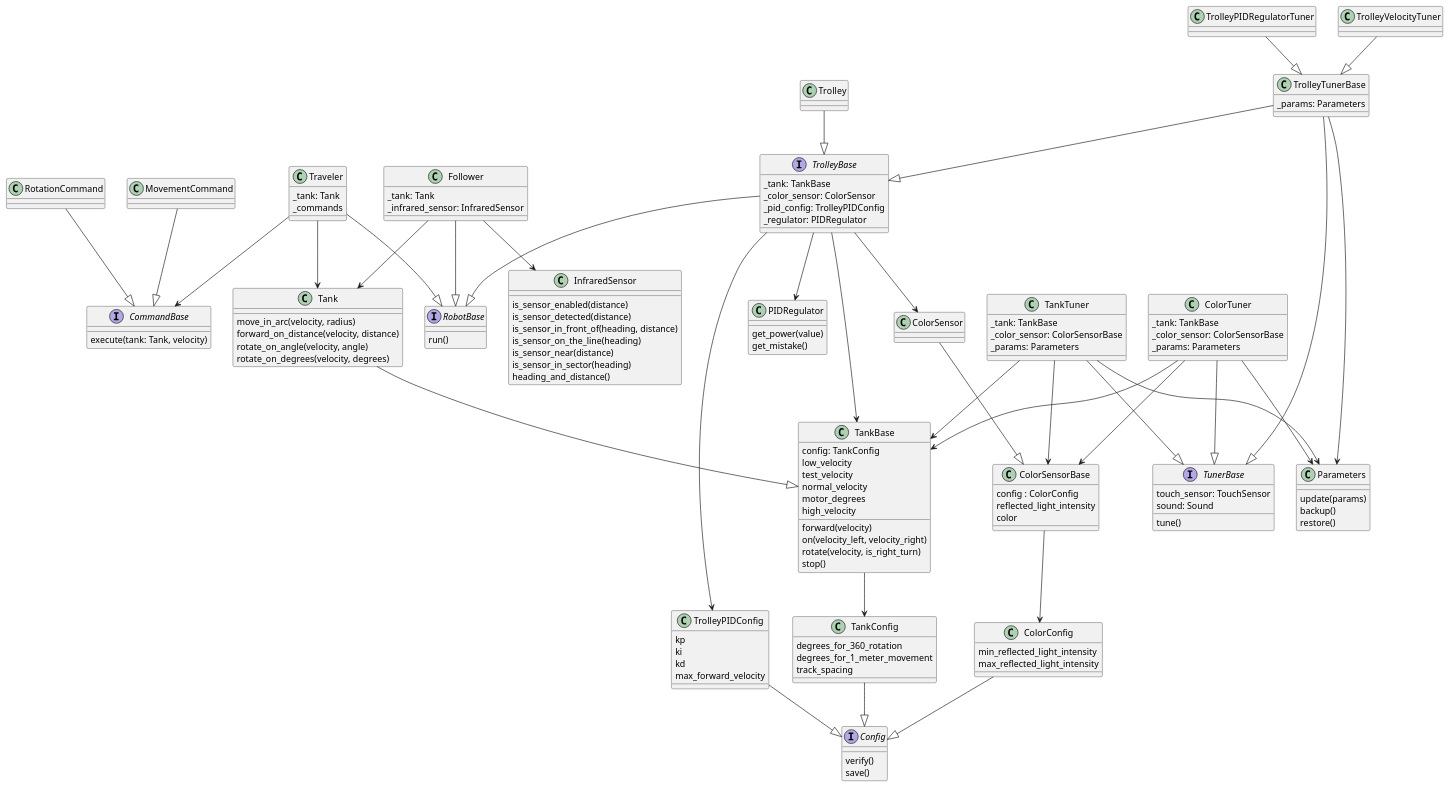
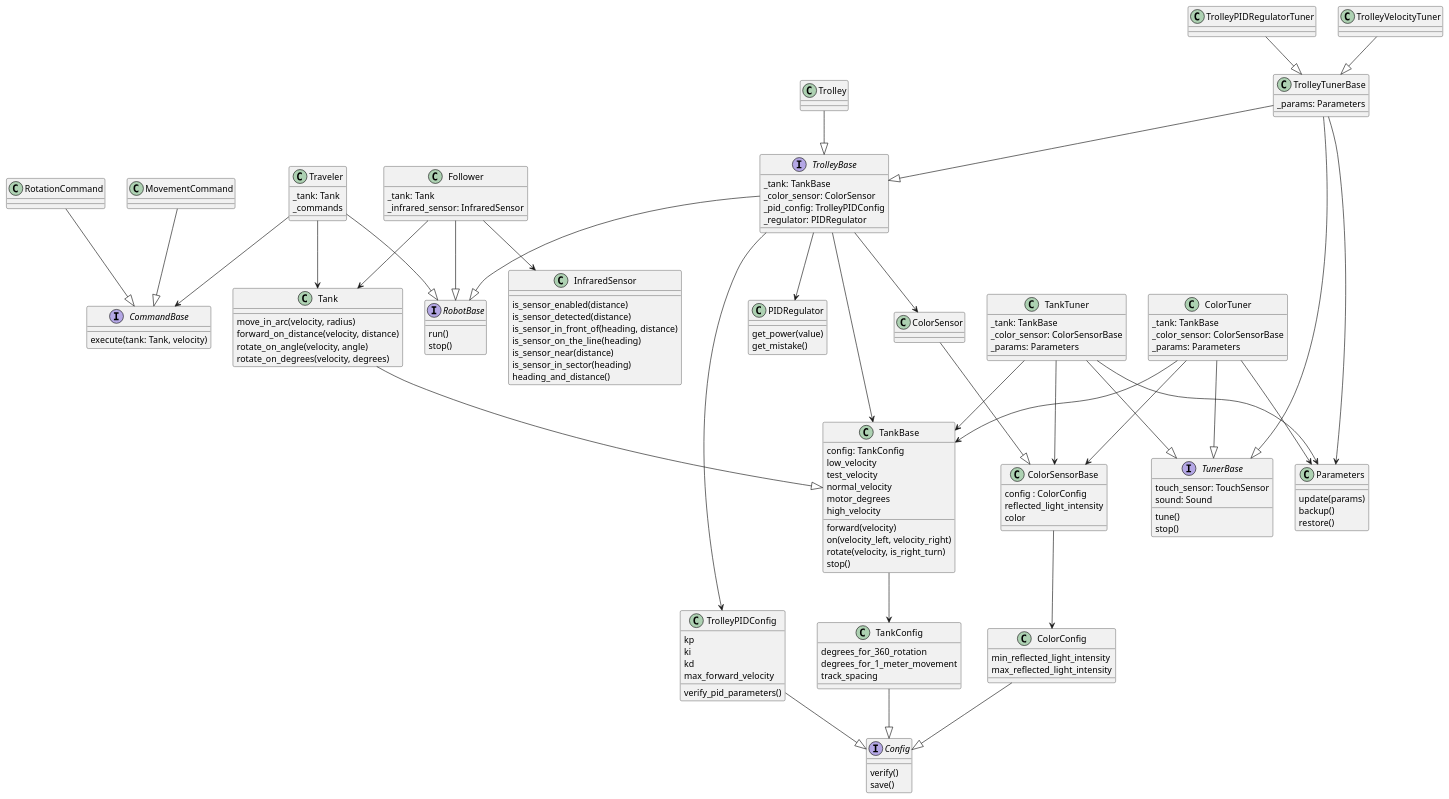
The diagram in diagrams/class_diagram.puml (sirejik/eva), drawn with PlantUML before and after one commit. The commit also changed 14 other files, not shown here.

```diff
--- a/diagrams/class_diagram.puml
+++ b/diagrams/class_diagram.puml
@@ -1,173 +1,176 @@
 @startuml
 
 interface CommandBase {
     execute(tank: Tank, velocity)
 }
 
 class MovementCommand {
 }
 MovementCommand --|> CommandBase
 
 class RotationCommand {
 }
 RotationCommand --|> CommandBase
 
 interface Config {
     verify()
     save()
 }
 
 class TankConfig {
     degrees_for_360_rotation
     degrees_for_1_meter_movement
     track_spacing
 }
 TankConfig --|> Config
 
 class ColorConfig {
     min_reflected_light_intensity
     max_reflected_light_intensity
 }
 ColorConfig --|> Config
 
 class TrolleyPIDConfig {
     kp
     ki
     kd
     max_forward_velocity
+    verify_pid_parameters()
 }
 TrolleyPIDConfig --|> Config
 
 class Parameters {
     update(params)
     backup()
     restore()
 }
 
 class PIDRegulator {
     get_power(value)
     get_mistake()
 }
 
 class ColorSensorBase {
     config : ColorConfig
     reflected_light_intensity
     color
 }
 ColorSensorBase --> ColorConfig
 
 class ColorSensor {
 }
 ColorSensor --|> ColorSensorBase
 
 class InfraredSensor {
     is_sensor_enabled(distance)
     is_sensor_detected(distance)
     is_sensor_in_front_of(heading, distance)
     is_sensor_on_the_line(heading)
     is_sensor_near(distance)
     is_sensor_in_sector(heading)
     heading_and_distance()
 }
 
 class TankBase {
     config: TankConfig
     low_velocity
     test_velocity
     normal_velocity
     motor_degrees
     high_velocity
     forward(velocity)
     on(velocity_left, velocity_right)
     rotate(velocity, is_right_turn)
     stop()
 
 }
 TankBase --> TankConfig
 
 class Tank {
     move_in_arc(velocity, radius)
     forward_on_distance(velocity, distance)
     rotate_on_angle(velocity, angle)
     rotate_on_degrees(velocity, degrees)
 }
 Tank --|> TankBase
 
 interface RobotBase {
     run()
+    stop()
 }
 
 interface TrolleyBase {
     _tank: TankBase
     _color_sensor: ColorSensor
     _pid_config: TrolleyPIDConfig
     _regulator: PIDRegulator
 }
 TrolleyBase --|> RobotBase
 TrolleyBase --> TankBase
 TrolleyBase --> ColorSensor
 TrolleyBase --> TrolleyPIDConfig
 TrolleyBase --> PIDRegulator
 
 class Follower {
     _tank: Tank
     _infrared_sensor: InfraredSensor
 }
 Follower --|> RobotBase
 Follower --> Tank
 Follower --> InfraredSensor
 
 class Traveler {
     _tank: Tank
     _commands
 }
 Traveler --|> RobotBase
 Traveler --> Tank
 Traveler --> CommandBase
 
 class Trolley {
 }
 Trolley --|> TrolleyBase
 
 interface TunerBase {
     touch_sensor: TouchSensor
     sound: Sound
     tune()
+    stop()
 }
 
 class ColorTuner {
     _tank: TankBase
     _color_sensor: ColorSensorBase
     _params: Parameters
 }
 ColorTuner --|> TunerBase
 ColorTuner --> TankBase
 ColorTuner --> ColorSensorBase
 ColorTuner --> Parameters
 
 class TankTuner {
     _tank: TankBase
     _color_sensor: ColorSensorBase
     _params: Parameters
 }
 TankTuner --|> TunerBase
 TankTuner --> TankBase
 TankTuner --> ColorSensorBase
 TankTuner --> Parameters
 
 class TrolleyTunerBase {
     _params: Parameters
 }
 TrolleyTunerBase --|> TrolleyBase
 TrolleyTunerBase --|> TunerBase
 TrolleyTunerBase --> Parameters
 
 class TrolleyPIDRegulatorTuner {
 }
 TrolleyPIDRegulatorTuner --|> TrolleyTunerBase
 
 class TrolleyVelocityTuner {
 }
 TrolleyVelocityTuner --|> TrolleyTunerBase
 
 @enduml
```
